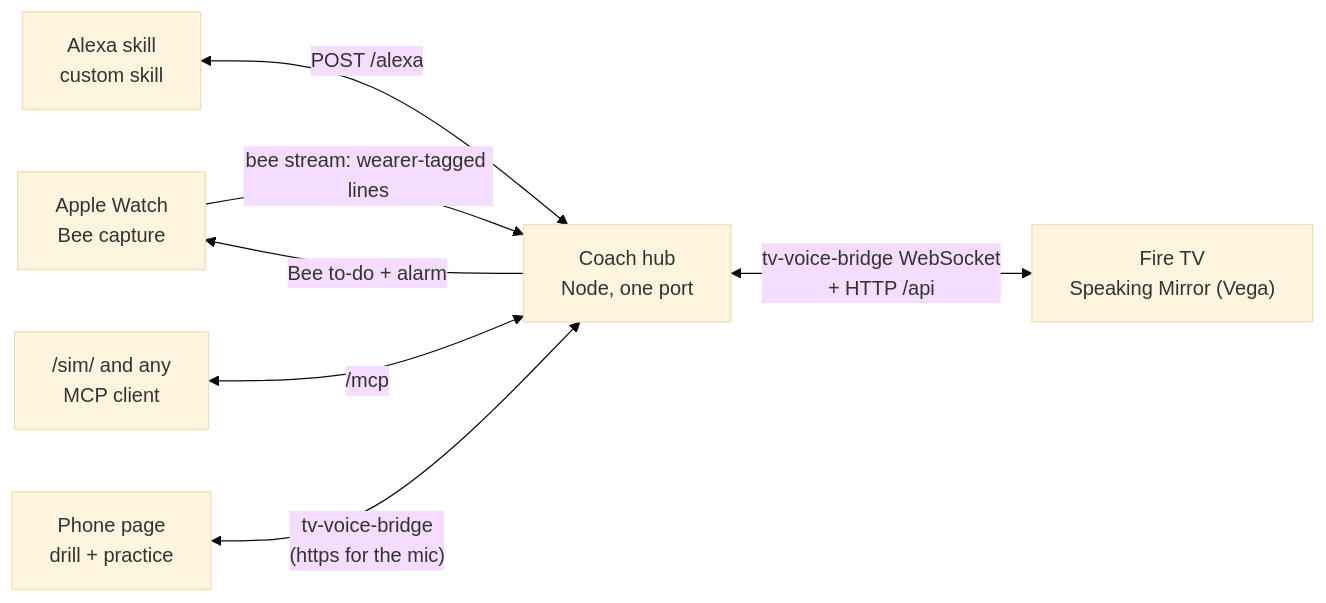
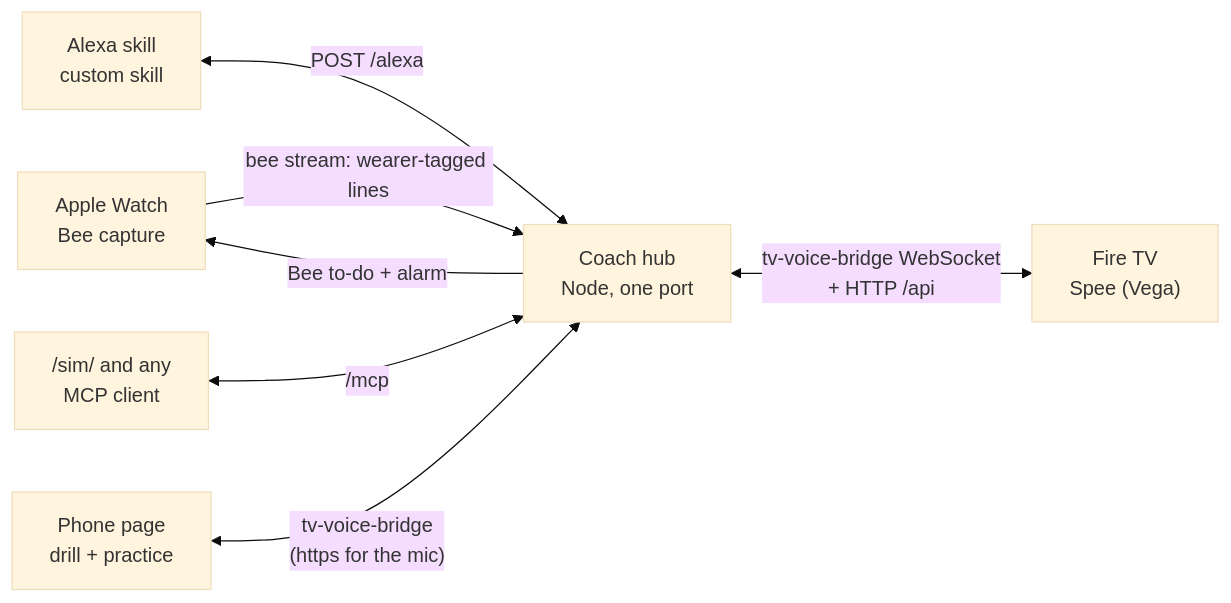
Before and after one commit to Zen-cronic/spee: the diagram in README.md, drawn with Mermaid (base theme). The commit also changed other lines of this file and 8 other files, not shown here.

````diff
--- a/README.md
+++ b/README.md
@@ -47,9 +47,9 @@
 ```mermaid
 flowchart LR
   W["Apple Watch<br/>Bee capture"] -->|"bee stream: wearer-tagged lines"| H
   H["Coach hub<br/>Node, one port"] -->|"Bee to-do + alarm"| W
   A["Alexa skill<br/>custom skill"] <-->|"POST /alexa"| H
   S["/sim/ and any<br/>MCP client"] <-->|"/mcp"| H
-  H <-->|"tv-voice-bridge WebSocket<br/>+ HTTP /api"| T["Fire TV<br/>Speaking Mirror (Vega)"]
+  H <-->|"tv-voice-bridge WebSocket<br/>+ HTTP /api"| T["Fire TV<br/>Spee (Vega)"]
   P["Phone page<br/>drill + practice"] <-->|"tv-voice-bridge<br/>(https for the mic)"| H
 ```
````
